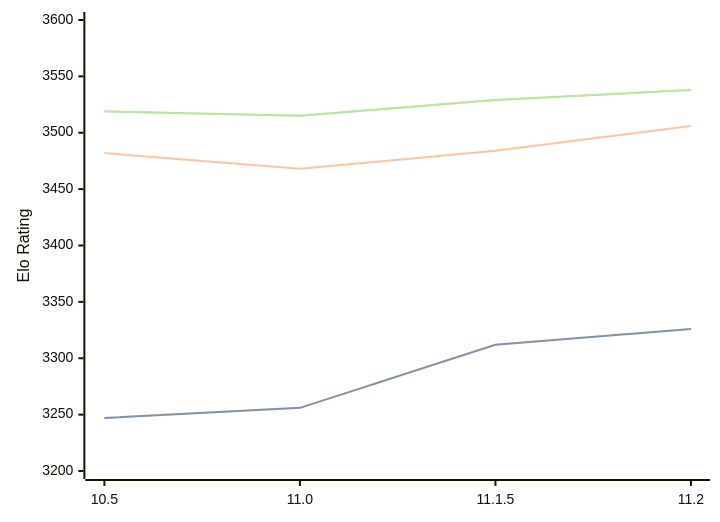
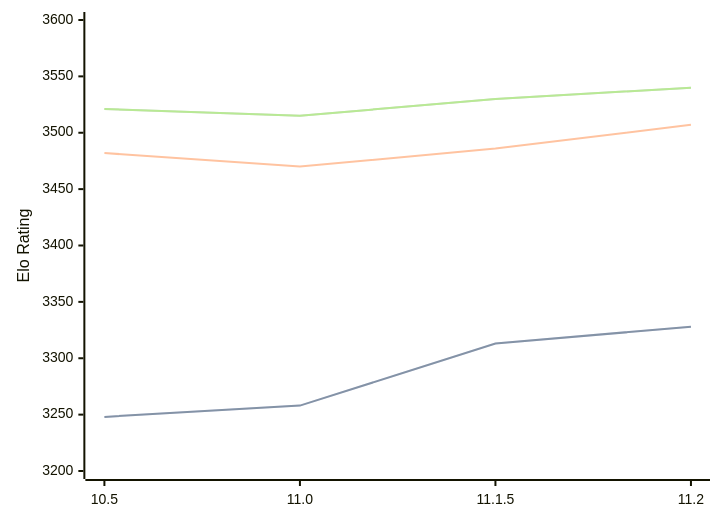
The diagram in engines/Lizard.md (computer-chess-index/cci), drawn with Mermaid before and after one commit. The commit also changed other lines of this file, not shown here.

Commit message:
Update CCI Ratings (ELO VLTC) - 2026-04-05

````diff
--- a/engines/Lizard.md
+++ b/engines/Lizard.md
@@ -46,11 +46,11 @@
 ```mermaid
 %%{init: {"theme":"base","themeVariables":{"seriesColors:['#a3a3a3','#222221','#faa371']}}}%%
 xychart-beta
   x-axis ["10.5", "11.0", "11.1.5", "11.2"]
   y-axis "Elo Rating" 3200 --> 3600
-  line "STC (8.0+0.08s)" [3247, 3256, 3312, 3326]
-  line "STC (8.0+0.08s)" [3247, 3256, 3312, 3326]
-  line "LTC (60.0+0.60s)" [3482, 3468, 3484, 3506]
-  line "VLTC (2m24s+1.12s)" [3519, 3515, 3529, 3538]
-  line "VLTC (2m24s+1.12s)" [3519, 3515, 3529, 3538]
+  line "STC (8.0+0.08s)" [3248, 3258, 3313, 3328]
+  line "STC (8.0+0.08s)" [3248, 3258, 3313, 3328]
+  line "LTC (60.0+0.60s)" [3482, 3470, 3486, 3507]
+  line "VLTC (2m24s+1.12s)" [3521, 3515, 3530, 3540]
+  line "VLTC (2m24s+1.12s)" [3521, 3515, 3530, 3540]
 ```
````
